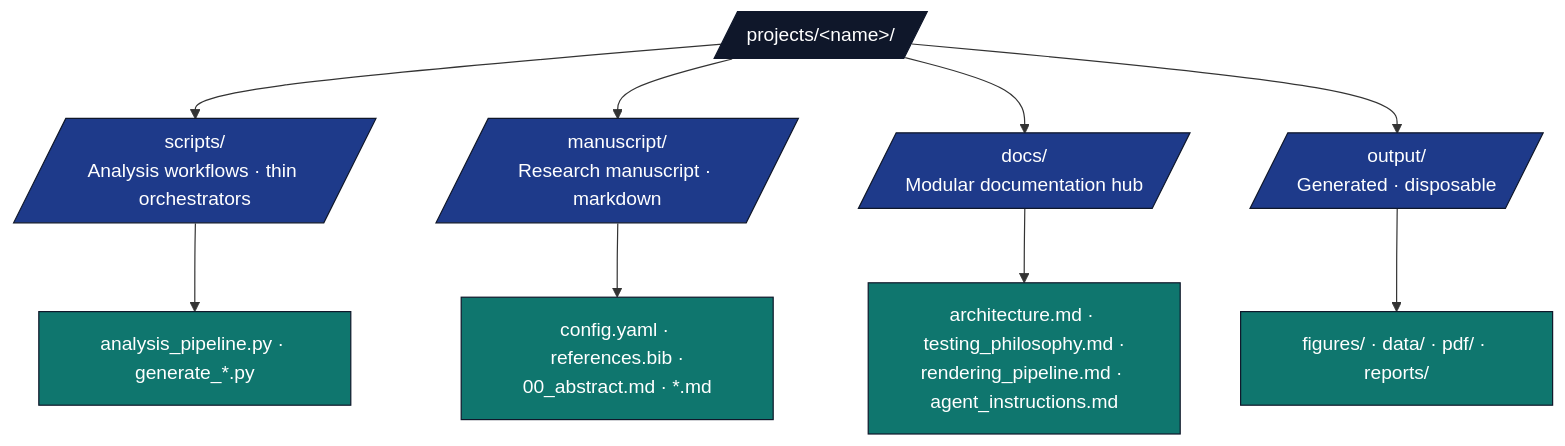
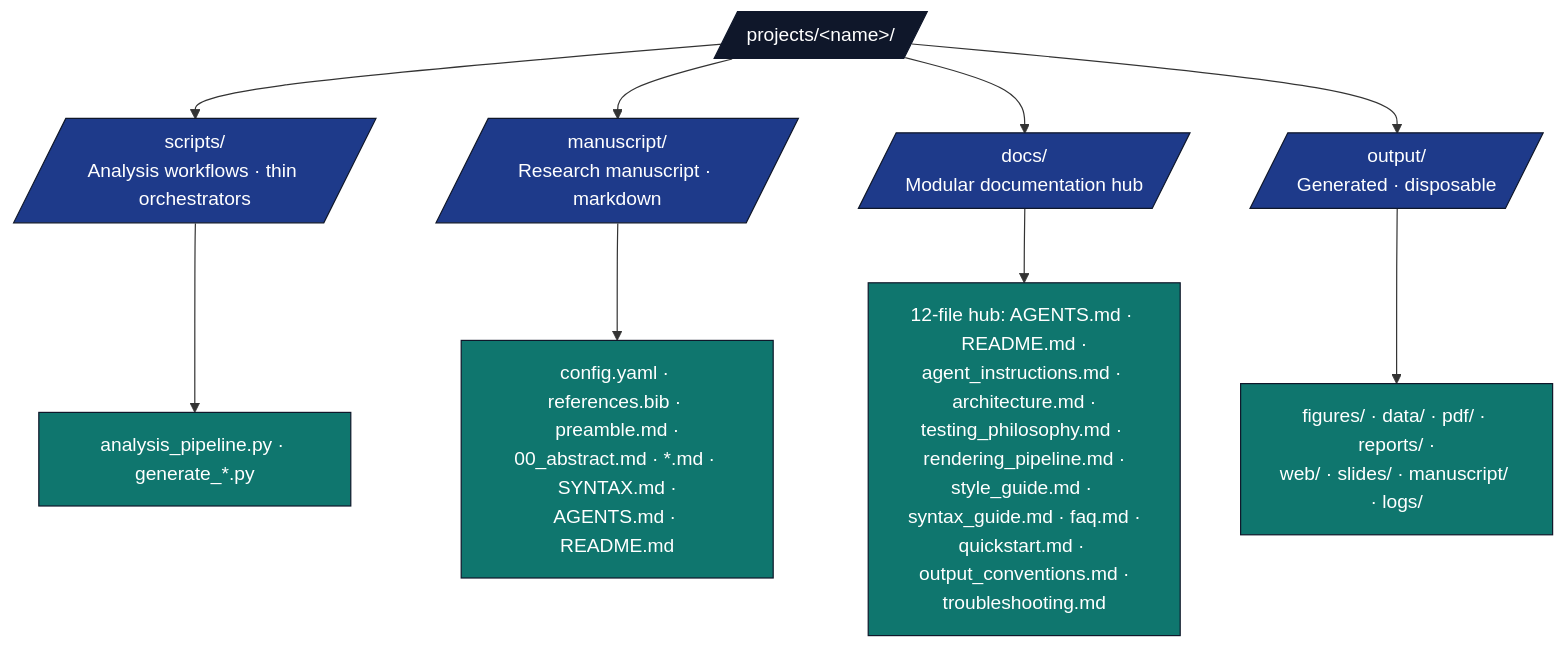
Before and after one commit to docxology/template: the third of 7 diagrams in projects/AGENTS.md, drawn with Mermaid. The commit also changed other lines of this file and 164 other files, not shown here.

````diff
--- a/projects/AGENTS.md
+++ b/projects/AGENTS.md
@@ -145,20 +162,20 @@
 ```mermaid
 flowchart TB
     P[/projects/&lt;name&gt;//]
     P --> SC[/scripts/<br/>Analysis workflows · thin orchestrators/]
     P --> M[/manuscript/<br/>Research manuscript · markdown/]
     P --> DOCS[/docs/<br/>Modular documentation hub/]
     P --> OUT[/output/<br/>Generated · disposable/]
 
     SC --> SC_F[analysis_pipeline.py · generate_*.py]
-    M --> M_F[config.yaml · references.bib ·<br/>00_abstract.md · *.md]
-    DOCS --> DOCS_F[architecture.md · testing_philosophy.md ·<br/>rendering_pipeline.md · agent_instructions.md]
-    OUT --> OUT_F[figures/ · data/ · pdf/ · reports/]
+    M --> M_F[config.yaml · references.bib · preamble.md ·<br/>00_abstract.md · *.md · SYNTAX.md ·<br/>AGENTS.md · README.md]
+    DOCS --> DOCS_F[12-file hub: AGENTS.md · README.md ·<br/>agent_instructions.md · architecture.md ·<br/>testing_philosophy.md · rendering_pipeline.md ·<br/>style_guide.md · syntax_guide.md · faq.md ·<br/>quickstart.md · output_conventions.md ·<br/>troubleshooting.md]
+    OUT --> OUT_F[figures/ · data/ · pdf/ · reports/ ·<br/>web/ · slides/ · manuscript/ · logs/]
 
     classDef d fill:#0f172a,stroke:#0f172a,color:#fff
     classDef pkg fill:#1e3a8a,stroke:#0f172a,color:#fff
     classDef f fill:#0f766e,stroke:#0f172a,color:#fff
     class P d
     class SC,M,DOCS,OUT pkg
     class SC_F,M_F,DOCS_F,OUT_F f
 ```
````
